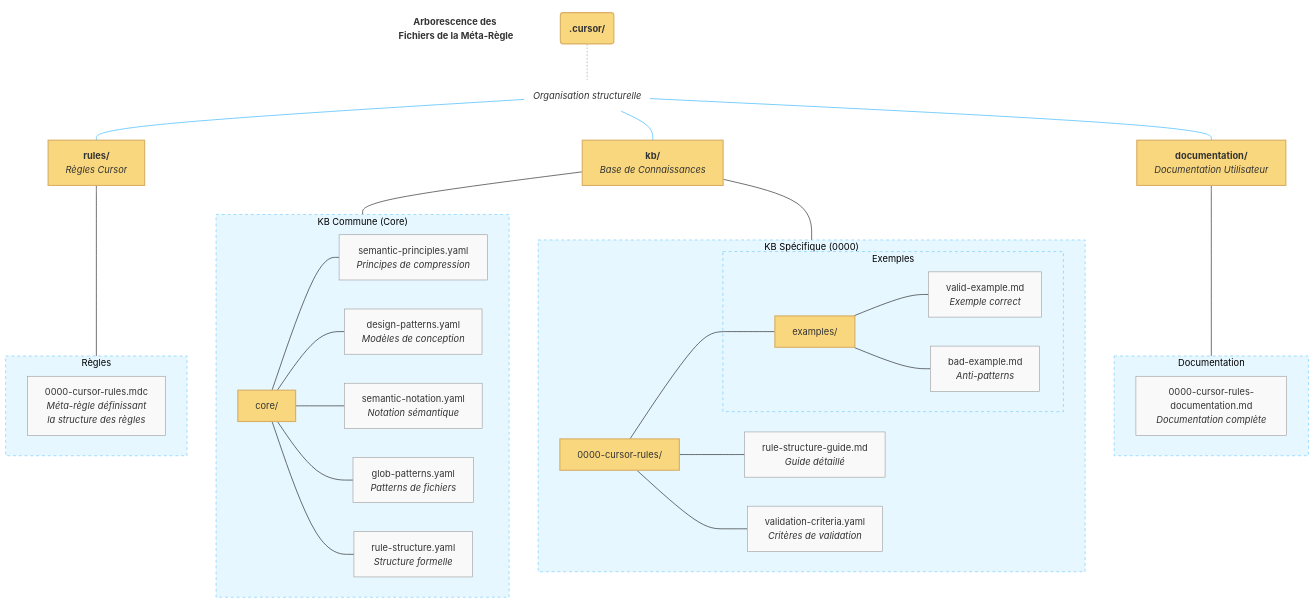
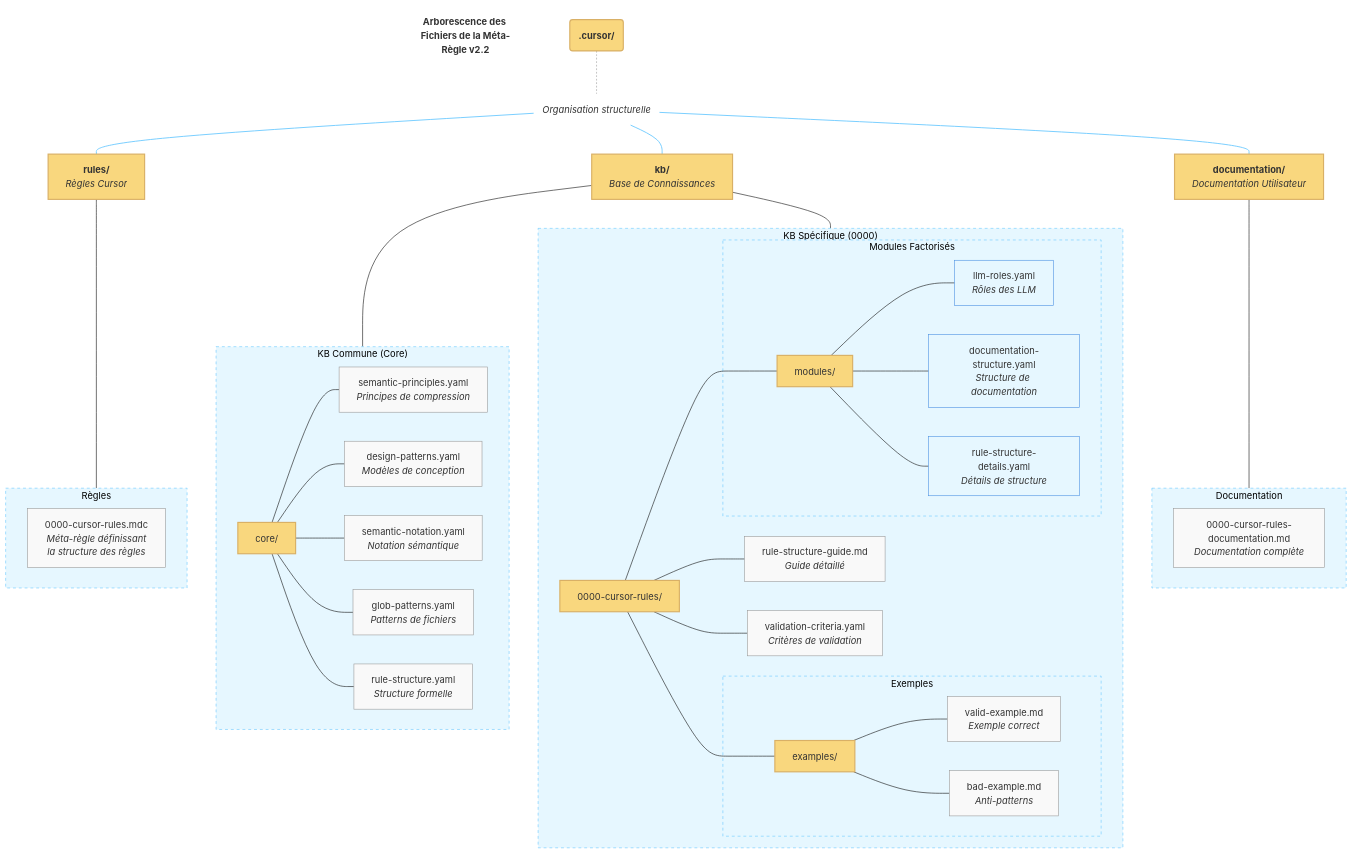
Before and after one commit to giak/cursor-rules-agile-workflow: the seventh of 7 diagrams in .cursor/documentation/0000-cursor-rules-documentation.md, drawn with Mermaid. The commit also changed other lines of this file and 6 other files, not shown here.

````diff
--- a/.cursor/documentation/0000-cursor-rules-documentation.md
+++ b/.cursor/documentation/0000-cursor-rules-documentation.md
@@ -360,63 +309,72 @@
 ```mermaid
 %%{init: {'theme': 'base', 'themeVariables': { 'primaryColor': '#f0f8ff', 'fontSize': '16px'}}}%%
 flowchart TD
     %% Titre du diagramme
-    title[<b>Arborescence des Fichiers de la Méta-Règle</b>]
+    title[<b>Arborescence des Fichiers de la Méta-Règle v2.2</b>]
     style title fill:none,stroke:none
 
     %% Organisation principale
     ROOT("<b>.cursor/</b>") --- STRUCTURE("<i>Organisation structurelle</i>")
     STRUCTURE --- RULES["<b>rules/</b><br><i>Règles Cursor</i>"]
     STRUCTURE --- KB["<b>kb/</b><br><i>Base de Connaissances</i>"]
     STRUCTURE --- DOC["<b>documentation/</b><br><i>Documentation Utilisateur</i>"]
 
     %% Section des règles
     subgraph RULES_GROUP ["Règles"]
         METARULE["0000-cursor-rules.mdc<br><i>Méta-règle définissant<br>la structure des règles</i>"]
     end
     RULES --- RULES_GROUP
 
     %% Section KB Core
     subgraph KB_CORE ["KB Commune (Core)"]
         CORE["core/"] --- SP["semantic-principles.yaml<br><i>Principes de compression</i>"]
         CORE --- DP["design-patterns.yaml<br><i>Modèles de conception</i>"]
         CORE --- SN["semantic-notation.yaml<br><i>Notation sémantique</i>"]
         CORE --- GP["glob-patterns.yaml<br><i>Patterns de fichiers</i>"]
         CORE --- RS["rule-structure.yaml<br><i>Structure formelle</i>"]
     end
     KB --- KB_CORE
 
     %% Section KB 0000
     subgraph KB_SPECIFIC ["KB Spécifique (0000)"]
         KB0000["0000-cursor-rules/"] --- RSG["rule-structure-guide.md<br><i>Guide détaillé</i>"]
         KB0000 --- VC["validation-criteria.yaml<br><i>Critères de validation</i>"]
 
         subgraph EXAMPLES ["Exemples"]
             EX["examples/"] --- VE["valid-example.md<br><i>Exemple correct</i>"]
             EX --- IE["bad-example.md<br><i>Anti-patterns</i>"]
         end
         KB0000 --- EX
+
+        subgraph MODULES ["Modules Factorisés"]
+            MOD["modules/"] --- LR["llm-roles.yaml<br><i>Rôles des LLM</i>"]
+            MOD --- DS["documentation-structure.yaml<br><i>Structure de documentation</i>"]
+            MOD --- RSD["rule-structure-details.yaml<br><i>Détails de structure</i>"]
+        end
+        KB0000 --- MOD
     end
     KB --- KB_SPECIFIC
 
     %% Section Documentation
     subgraph DOC_GROUP ["Documentation"]
         METADOC["0000-cursor-rules-documentation.md<br><i>Documentation complète</i>"]
     end
     DOC --- DOC_GROUP
 
     %% Légende
     classDef directory fill:#f9d77e,stroke:#d9b066,stroke-width:2px,border-radius:8px
     classDef file fill:#f9f9f9,stroke:#999,stroke-width:1px,border-radius:4px
+    classDef module fill:#e6f7ff,stroke:#4a90e2,stroke-width:1px,border-radius:4px
     classDef section fill:#e6f7ff,stroke:#67c8ff,stroke-width:1px,stroke-dasharray:5 5,border-radius:10px
     classDef label fill:none,stroke:none
 
-    class ROOT,RULES,KB,DOC,CORE,KB0000,EX directory
+    class ROOT,RULES,KB,DOC,CORE,KB0000,EX,MOD directory
     class METARULE,SP,DP,SN,GP,RS,RSG,VC,VE,IE,METADOC file
+    class LR,DS,RSD module
     class STRUCTURE label
-    class RULES_GROUP,KB_CORE,KB_SPECIFIC,DOC_GROUP,EXAMPLES section
+    class RULES_GROUP,KB_CORE,KB_SPECIFIC,DOC_GROUP,EXAMPLES,MODULES section
 
     %% Annotations sur les relations
     linkStyle 0 stroke:#999,stroke-width:1px,stroke-dasharray:3 3
     linkStyle 1,2,3 stroke:#67c8ff,stroke-width:1.5px
 ```
````
